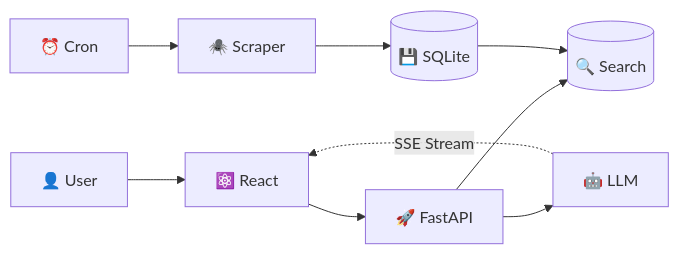
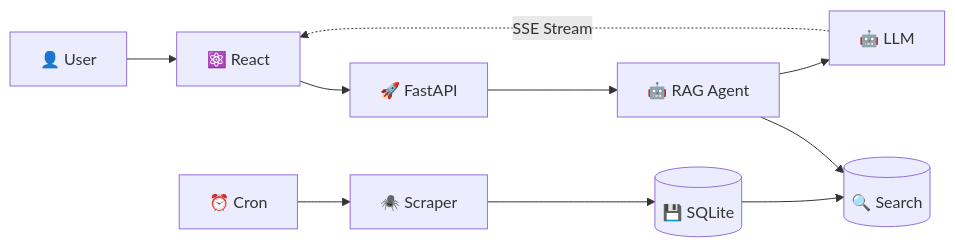
One commit to oscarthedev15/crypto-news-analyst changed the first of 3 diagrams in architecture.md. Above: the diagram before and after it, drawn with Mermaid. The commit also changed other lines of this file and 5 other files, not shown here.

````diff
--- a/architecture.md
+++ b/architecture.md
@@ -9,13 +9,14 @@
 ```mermaid
 flowchart LR
     USER[👤 User] --> REACT[⚛️ React]
     REACT --> API[🚀 FastAPI]
-    API --> SEARCH[(🔍 Search)]
-    API --> LLM[🤖 LLM]
+    API --> AGENT[🤖 RAG Agent]
+    AGENT --> SEARCH[(🔍 Search)]
+    AGENT --> LLM[🤖 LLM]
 
     CRON[⏰ Cron] --> SCRAPER[🕷️ Scraper]
     SCRAPER --> DB[(💾 SQLite)]
     DB --> SEARCH
 
     LLM -.->|SSE Stream| REACT
 ```
````
